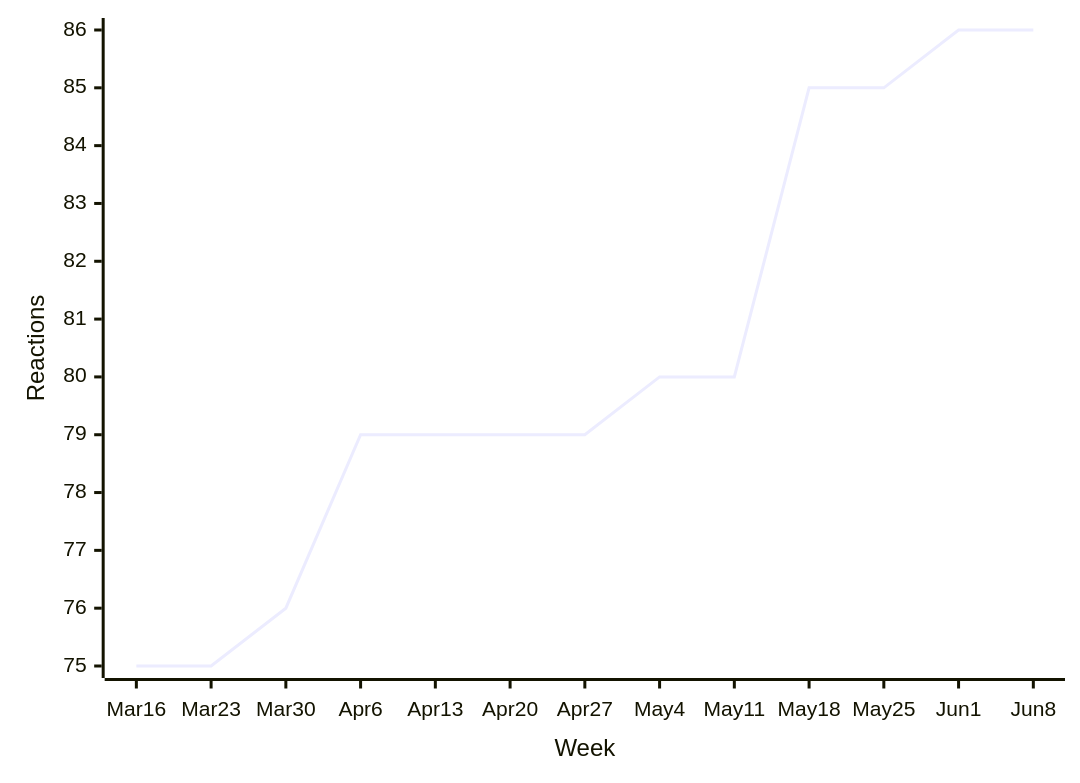
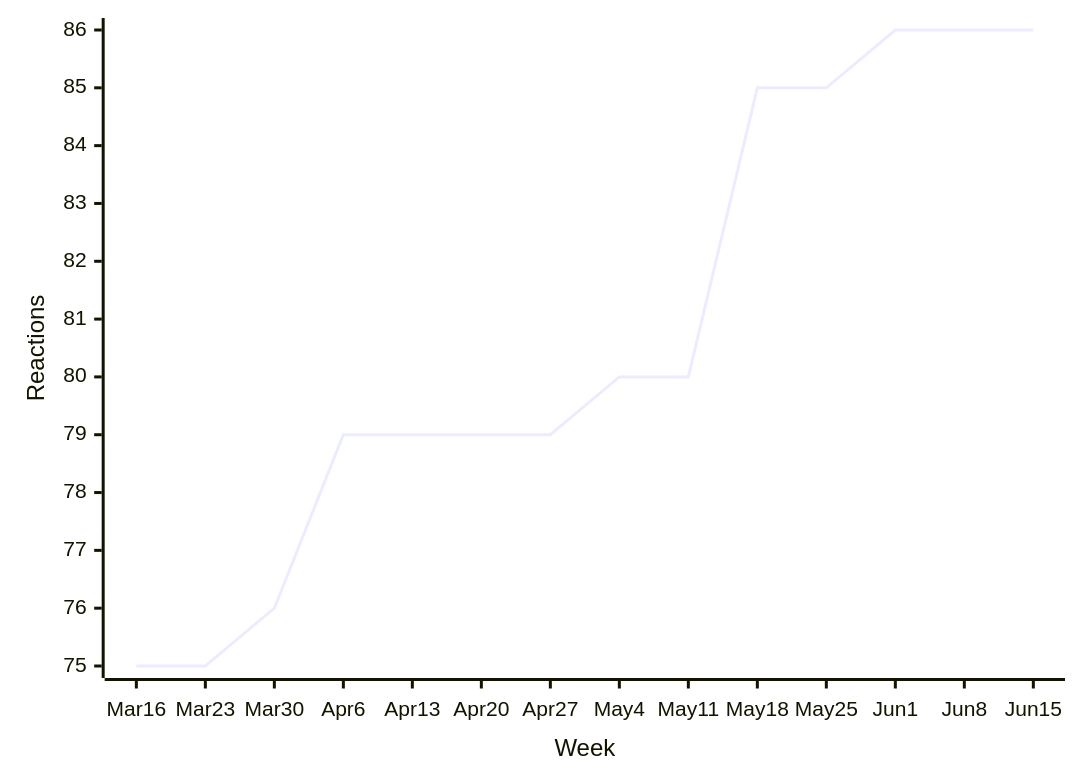
Before and after one commit to loic-sharma/github-insights: diagram 12 of 47 in README.md, drawn with Mermaid. The commit also changed other lines of this file and 3 other files, not shown here.

````diff
--- a/README.md
+++ b/README.md
@@ -526,6 +526,6 @@
   ```mermaid
   xychart-beta
-    x-axis "Week" [Mar 16, Mar 23, Mar 30, Apr 6, Apr 13, Apr 20, Apr 27, May 4, May 11, May 18, May 25, Jun 1, Jun 8]
+    x-axis "Week" [Mar 16, Mar 23, Mar 30, Apr 6, Apr 13, Apr 20, Apr 27, May 4, May 11, May 18, May 25, Jun 1, Jun 8, Jun 15]
     y-axis "Reactions"
-    line [75, 75, 76, 79, 79, 79, 79, 80, 80, 85, 85, 86, 86]
+    line [75, 75, 76, 79, 79, 79, 79, 80, 80, 85, 85, 86, 86, 86]
   ```
````
